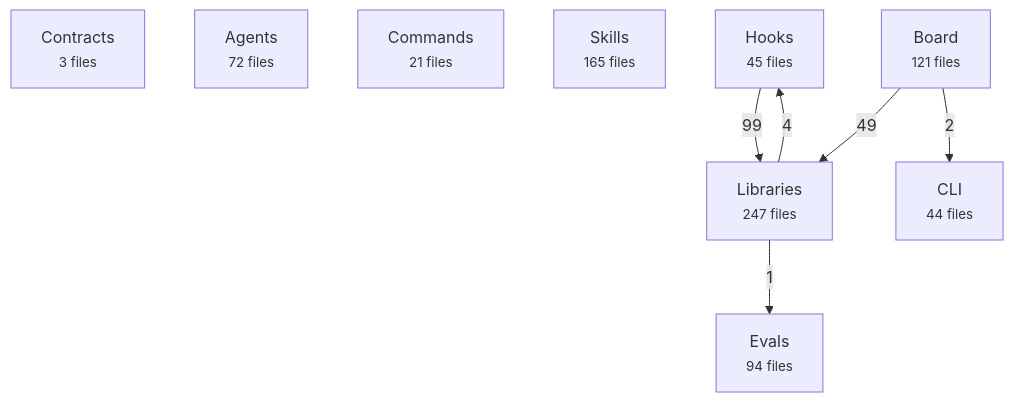
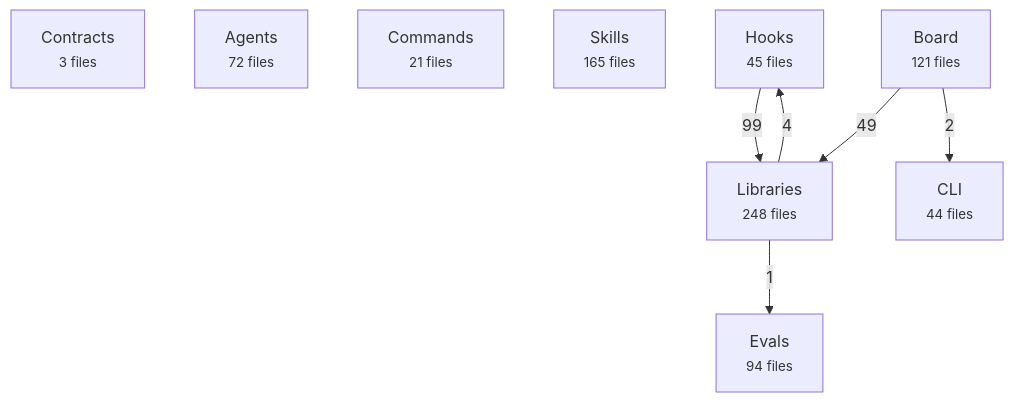
Before and after one commit to avelikiy/great_cto: the first of 2 diagrams in docs/reference/architecture-map.md, drawn with Mermaid. The commit also changed other lines of this file and 5 other files, not shown here.

````diff
--- a/docs/reference/architecture-map.md
+++ b/docs/reference/architecture-map.md
@@ -20,17 +20,17 @@
 ```mermaid
 flowchart TD
   contracts["Contracts<br/><small>3 files</small>"]
   agents["Agents<br/><small>72 files</small>"]
   commands["Commands<br/><small>21 files</small>"]
   skills["Skills<br/><small>165 files</small>"]
   hooks["Hooks<br/><small>45 files</small>"]
-  libs["Libraries<br/><small>247 files</small>"]
+  libs["Libraries<br/><small>248 files</small>"]
   board["Board<br/><small>121 files</small>"]
   cli["CLI<br/><small>44 files</small>"]
   evals["Evals<br/><small>94 files</small>"]
   hooks -->|99| libs
   board -->|49| libs
   libs -->|4| hooks
   board -->|2| cli
   libs -->|1| evals
 ```
````
